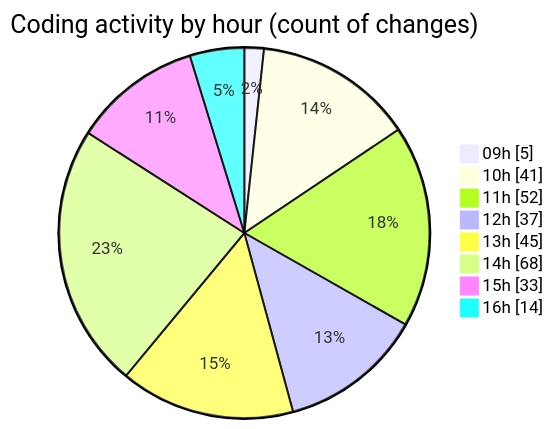
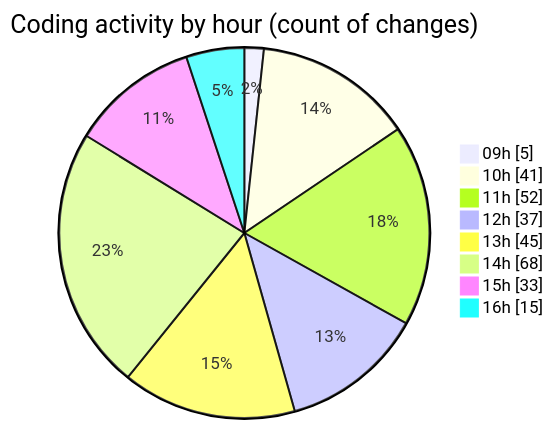
The second of 2 diagrams in 2026-04-27/cda/README.md (momahboobian/code-tracking), drawn with Mermaid before and after one commit. The commit also changed other lines of this file and 1 other file, not shown here.

````diff
--- a/2026-04-27/cda/README.md
+++ b/2026-04-27/cda/README.md
@@ -67,12 +67,12 @@
 ```mermaid
 pie showData
 title Coding activity by hour (count of changes)
 "09h" : 5
 "10h" : 41
 "11h" : 52
 "12h" : 37
 "13h" : 45
 "14h" : 68
 "15h" : 33
-"16h" : 14
+"16h" : 15
 ```
````
